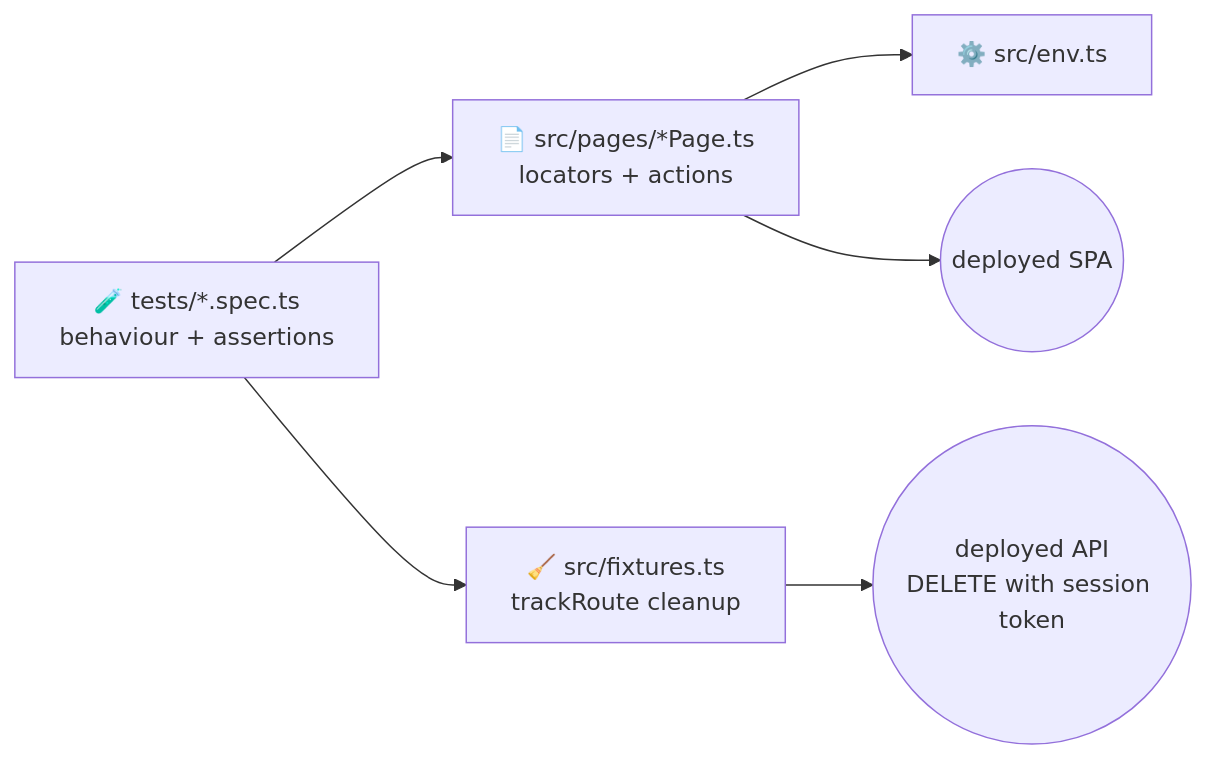
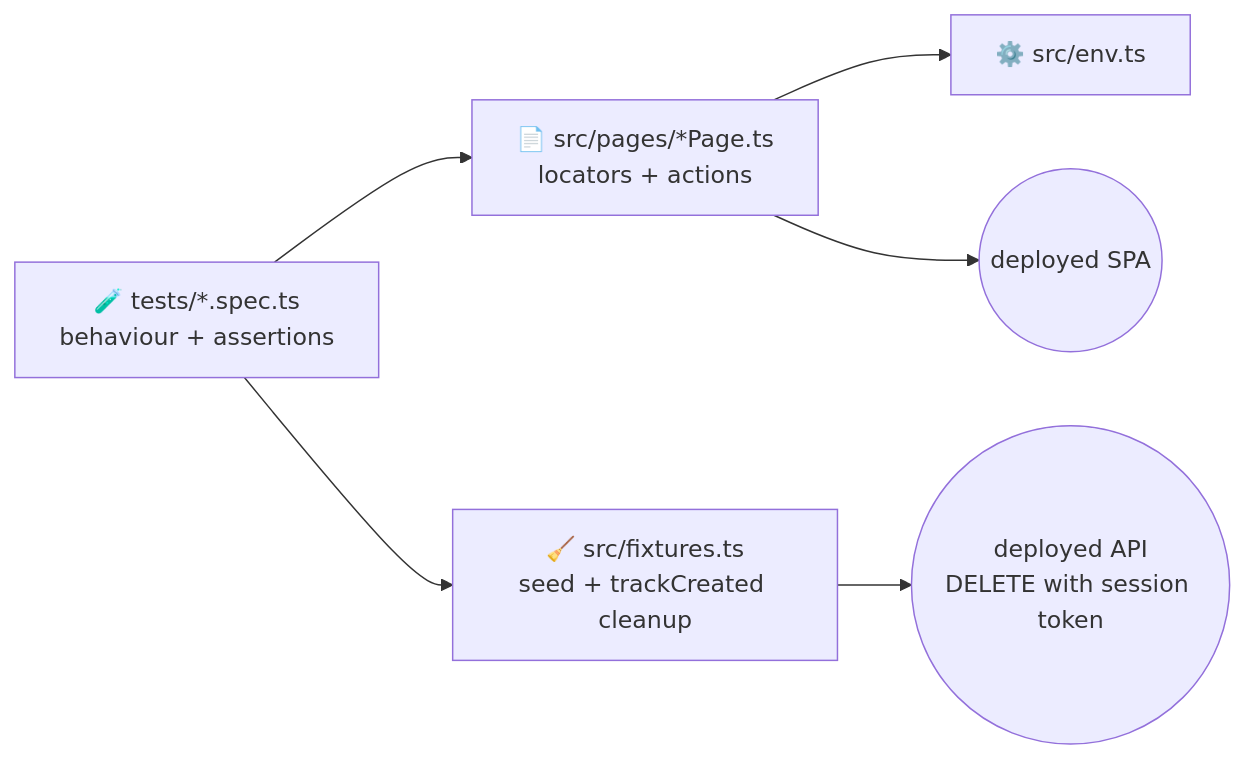
Before and after one commit to Raghavendra-Prasad-Gowda/dairy-distribution-manager-vmd: the second of 3 diagrams in client/automation-ui/docs/architecture.md, drawn with Mermaid. The commit also changed other lines of this file and 22 other files, not shown here.

````diff
--- a/client/automation-ui/docs/architecture.md
+++ b/client/automation-ui/docs/architecture.md
@@ -46,8 +46,8 @@
 ```mermaid
 flowchart LR
     SPEC["🧪 tests/*.spec.ts<br/>behaviour + assertions"] --> PO["📄 src/pages/*Page.ts<br/>locators + actions"]
-    SPEC --> FX["🧹 src/fixtures.ts<br/>trackRoute cleanup"]
+    SPEC --> FX["🧹 src/fixtures.ts<br/>seed + trackCreated cleanup"]
     PO --> ENV["⚙️ src/env.ts"]
     FX --> API((deployed API<br/>DELETE with session token))
     PO --> APP((deployed SPA))
 ```
````
